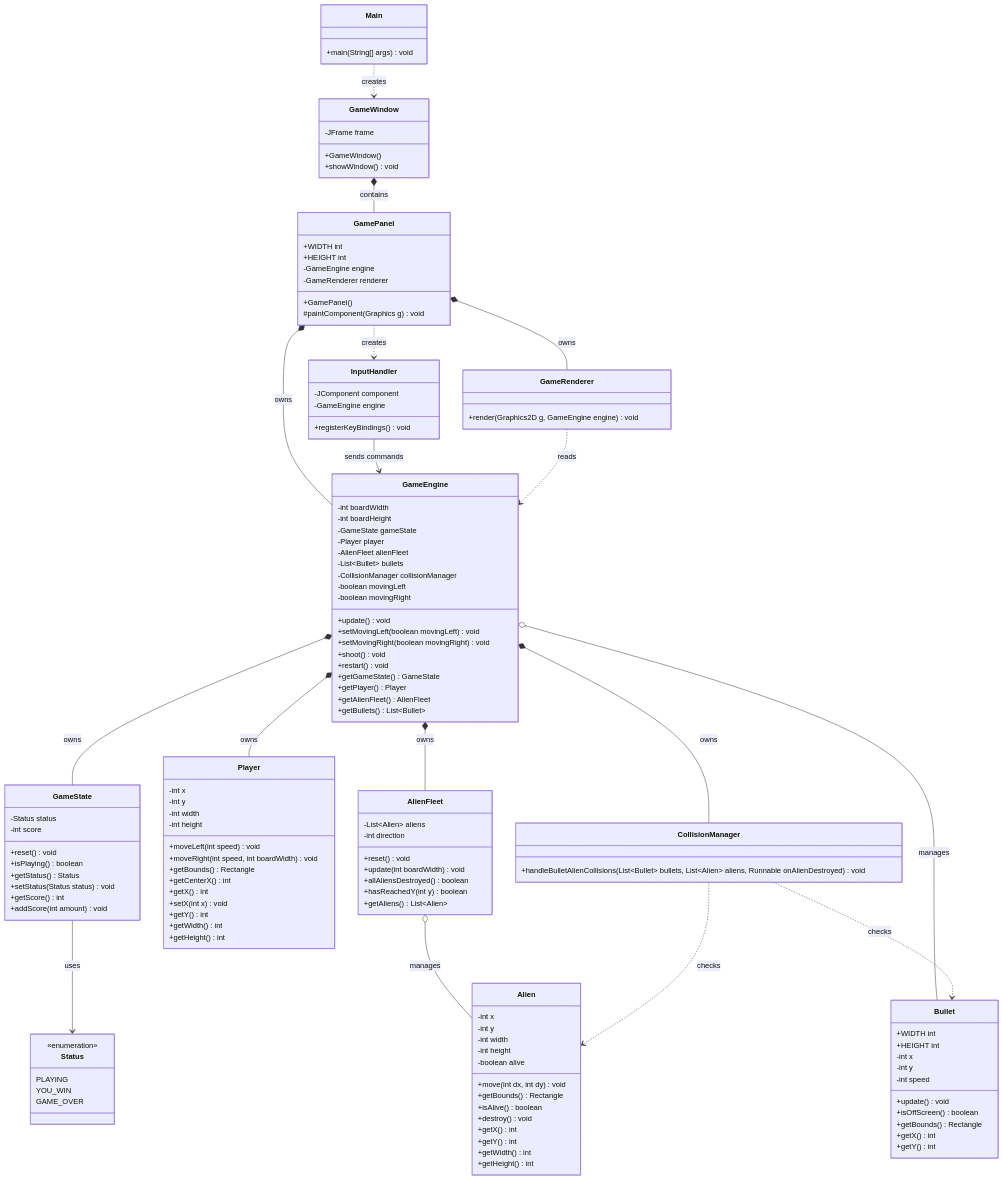
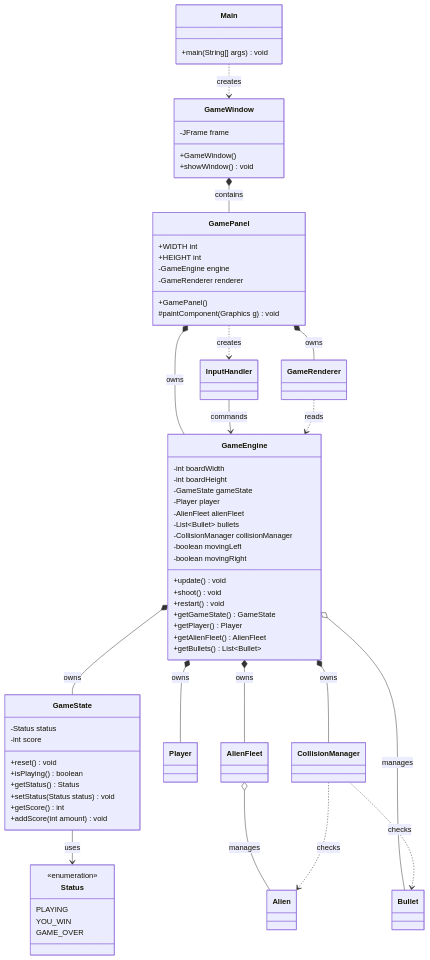
Before and after one commit to sheng-luen-chung/java-swing-space-invader: the diagram in docs/uml-class-model-v1.md, drawn with Mermaid. The commit also changed other lines of this file and 26 other files, not shown here.

```diff
--- a/docs/uml-class-model-v1.md
+++ b/docs/uml-class-model-v1.md
@@ -36,8 +38,6 @@
         -boolean movingLeft
         -boolean movingRight
         +update() void
-        +setMovingLeft(boolean movingLeft) void
-        +setMovingRight(boolean movingRight) void
         +shoot() void
         +restart() void
         +getGameState() GameState
@@ -64,81 +64,20 @@
         GAME_OVER
     }
 
-    class Player {
-        -int x
-        -int y
-        -int width
-        -int height
-        +moveLeft(int speed) void
-        +moveRight(int speed, int boardWidth) void
-        +getBounds() Rectangle
-        +getCenterX() int
-        +getX() int
-        +setX(int x) void
-        +getY() int
-        +getWidth() int
-        +getHeight() int
-    }
-
-    class Alien {
-        -int x
-        -int y
-        -int width
-        -int height
-        -boolean alive
-        +move(int dx, int dy) void
-        +getBounds() Rectangle
-        +isAlive() boolean
-        +destroy() void
-        +getX() int
-        +getY() int
-        +getWidth() int
-        +getHeight() int
-    }
-
-    class AlienFleet {
-        -List~Alien~ aliens
-        -int direction
-        +reset() void
-        +update(int boardWidth) void
-        +allAliensDestroyed() boolean
-        +hasReachedY(int y) boolean
-        +getAliens() List~Alien~
-    }
-
-    class Bullet {
-        +WIDTH int
-        +HEIGHT int
-        -int x
-        -int y
-        -int speed
-        +update() void
-        +isOffScreen() boolean
-        +getBounds() Rectangle
-        +getX() int
-        +getY() int
-    }
-
-    class CollisionManager {
-        +handleBulletAlienCollisions(List~Bullet~ bullets, List~Alien~ aliens, Runnable onAlienDestroyed) void
-    }
-
-    class InputHandler {
-        -JComponent component
-        -GameEngine engine
-        +registerKeyBindings() void
-    }
-
-    class GameRenderer {
-        +render(Graphics2D g, GameEngine engine) void
-    }
+    class Player
+    class Alien
+    class AlienFleet
+    class Bullet
+    class CollisionManager
+    class InputHandler
+    class GameRenderer
 
     Main ..> GameWindow : creates
     GameWindow *-- GamePanel : contains
     GamePanel *-- GameEngine : owns
     GamePanel *-- GameRenderer : owns
     GamePanel ..> InputHandler : creates
-    InputHandler --> GameEngine : sends commands
+    InputHandler --> GameEngine : commands
     GameEngine *-- GameState : owns
     GameEngine *-- Player : owns
     GameEngine *-- AlienFleet : owns
```
